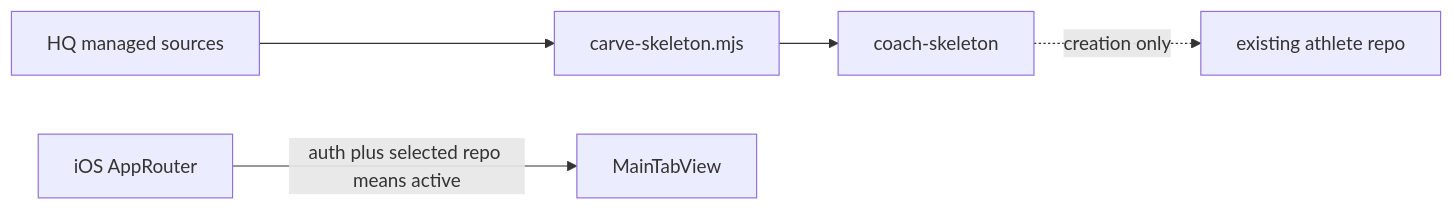
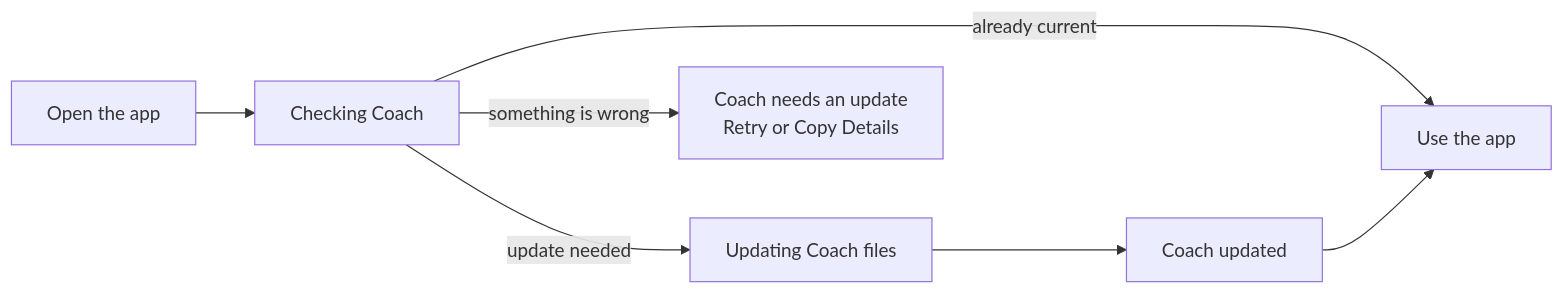
The first of 3 diagrams in docs/plans/platform-athlete-repo-updates-v1.md (sibling-shipyard/coach-hq), drawn with Mermaid before and after one commit. The commit also changed other lines of this file, not shown here.

Commit message:
core: rewrite repo update plan for reviewers (#327)

````diff
--- a/docs/plans/platform-athlete-repo-updates-v1.md
+++ b/docs/plans/platform-athlete-repo-updates-v1.md
@@ -14,7 +16,8 @@
 ```mermaid
 flowchart LR
-  hq["HQ managed sources"] --> carve["carve-skeleton.mjs"]
-  carve --> skeleton["coach-skeleton"]
-  skeleton -.->|creation only| repo["existing athlete repo"]
-  ios["iOS AppRouter"] -->|auth plus selected repo means active| app["MainTabView"]
+  open["Open the app"] --> check["Checking Coach"]
+  check -->|already current| app["Use the app"]
+  check -->|update needed| update["Updating Coach files"]
+  update --> done["Coach updated"] --> app
+  check -->|something is wrong| blocked["Coach needs an update<br/>Retry or Copy Details"]
 ```
````
